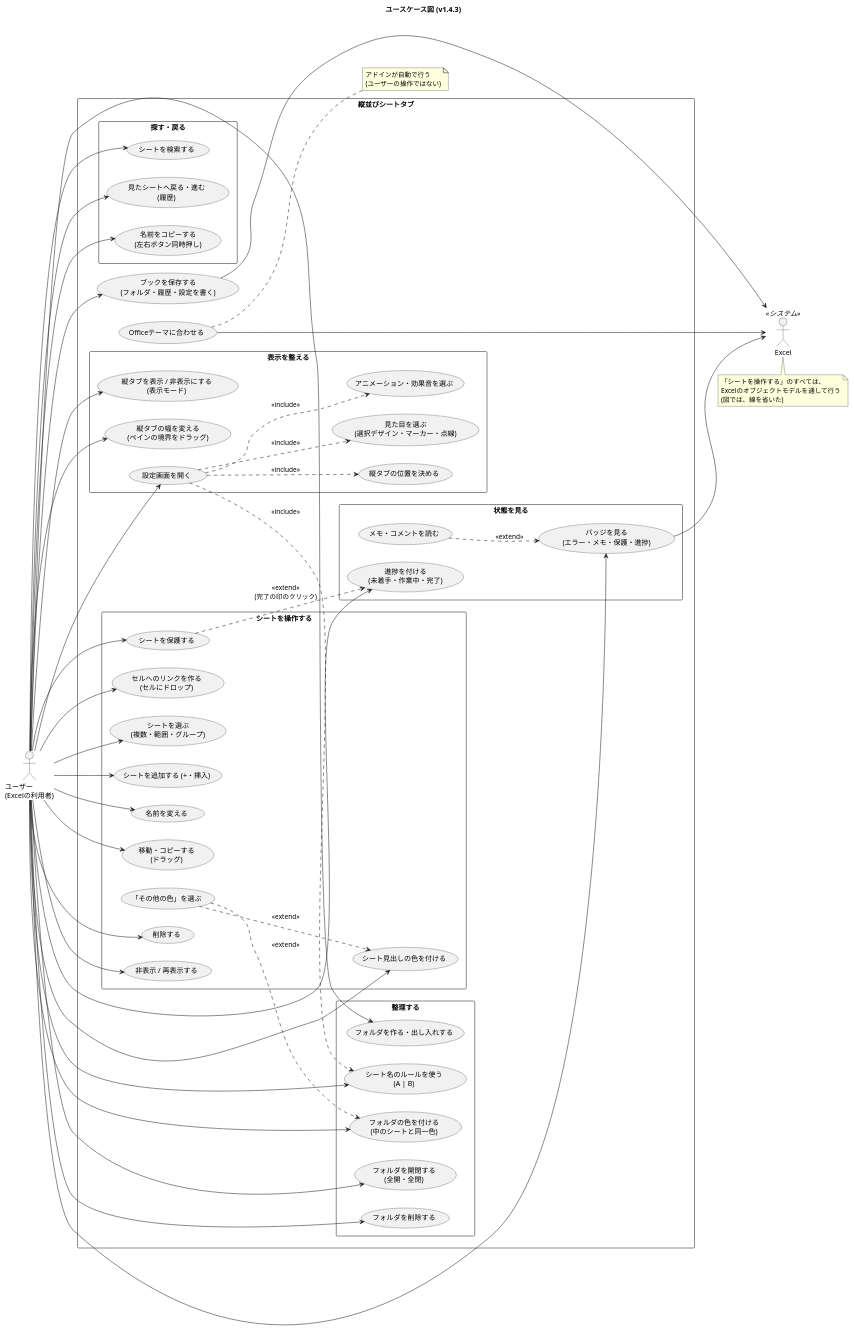
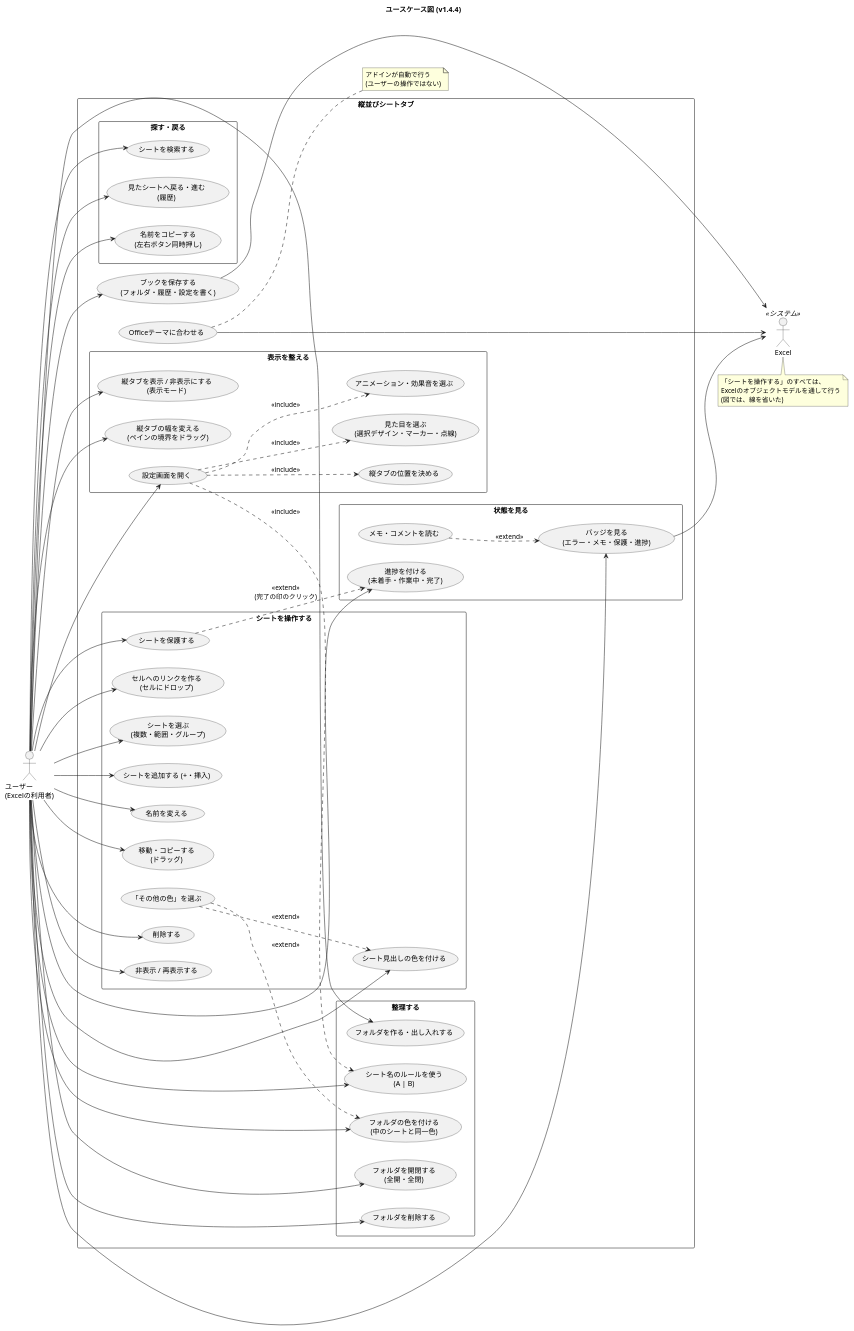
Before and after one commit to nk-taka623/VerticalSheetTabs: the diagram in docs/usecase.puml, drawn with PlantUML. The commit also changed 14 other files, not shown here.

Commit message:
v1.4.4 にする (バージョン、README の変更点、設計図の版数)

```diff
--- a/docs/usecase.puml
+++ b/docs/usecase.puml
@@ -1,105 +1,105 @@
 @startuml
-title ユースケース図 (v1.4.3)
+title ユースケース図 (v1.4.4)
 left to right direction
 skinparam shadowing false
 skinparam packageStyle rectangle
 
 actor "ユーザー\n(Excelの利用者)" as U
 actor "Excel" as XL <<システム>>
 
 rectangle "縦並びシートタブ" {
 
   package "シートを操作する" {
     usecase "シートを選ぶ\n(複数・範囲・グループ)" as UC_SEL
     usecase "シートを追加する (+・挿入)" as UC_ADD
     usecase "名前を変える" as UC_REN
     usecase "移動・コピーする\n(ドラッグ)" as UC_MOVE
     usecase "削除する" as UC_DEL
     usecase "非表示 / 再表示する" as UC_HIDE
     usecase "シート見出しの色を付ける" as UC_COLOR
     usecase "「その他の色」を選ぶ" as UC_MORE
     usecase "シートを保護する" as UC_PROT
     usecase "セルへのリンクを作る\n(セルにドロップ)" as UC_LINK
   }
 
   package "整理する" {
     usecase "フォルダを作る・出し入れする" as UC_FOLDER
     usecase "フォルダを開閉する\n(全開・全閉)" as UC_TOGGLE
     usecase "フォルダの色を付ける\n(中のシートと同一色)" as UC_FCOLOR
     usecase "フォルダを削除する" as UC_FDEL
     usecase "シート名のルールを使う\n(A | B)" as UC_RULE
   }
 
   package "探す・戻る" {
     usecase "シートを検索する" as UC_SEARCH
     usecase "見たシートへ戻る・進む\n(履歴)" as UC_HIST
     usecase "名前をコピーする\n(左右ボタン同時押し)" as UC_COPY
   }
 
   package "状態を見る" {
     usecase "バッジを見る\n(エラー・メモ・保護・進捗)" as UC_BADGE
     usecase "メモ・コメントを読む" as UC_MEMO
     usecase "進捗を付ける\n(未着手・作業中・完了)" as UC_PROG
   }
 
   package "表示を整える" {
     usecase "縦タブを表示 / 非表示にする\n(表示モード)" as UC_MODE
     usecase "縦タブの位置を決める" as UC_SIDE
     usecase "縦タブの幅を変える\n(ペインの境界をドラッグ)" as UC_WIDTH
     usecase "設定画面を開く" as UC_SET
     usecase "見た目を選ぶ\n(選択デザイン・マーカー・点線)" as UC_LOOK
     usecase "アニメーション・効果音を選ぶ" as UC_ANIM
   }
 
   usecase "ブックを保存する\n(フォルダ・履歴・設定を書く)" as UC_SAVE
   usecase "Officeテーマに合わせる" as UC_THEME
 }
 
 U --> UC_SEL
 U --> UC_ADD
 U --> UC_REN
 U --> UC_MOVE
 U --> UC_DEL
 U --> UC_HIDE
 U --> UC_COLOR
 U --> UC_PROT
 U --> UC_LINK
 U --> UC_FOLDER
 U --> UC_TOGGLE
 U --> UC_FCOLOR
 U --> UC_FDEL
 U --> UC_RULE
 U --> UC_SEARCH
 U --> UC_HIST
 U --> UC_COPY
 U --> UC_BADGE
 U --> UC_PROG
 U --> UC_MODE
 U --> UC_WIDTH
 U --> UC_SET
 U --> UC_SAVE
 
 UC_MORE ..> UC_COLOR : <<extend>>
 UC_MORE ..> UC_FCOLOR : <<extend>>
 UC_MEMO ..> UC_BADGE : <<extend>>
 UC_PROT ..> UC_PROG : <<extend>>\n(完了の印のクリック)
 UC_SET ..> UC_SIDE : <<include>>
 UC_SET ..> UC_LOOK : <<include>>
 UC_SET ..> UC_ANIM : <<include>>
 UC_SET ..> UC_RULE : <<include>>
 
 UC_SAVE --> XL
 UC_THEME --> XL
 UC_BADGE --> XL
 
 note bottom of XL
   「シートを操作する」のすべては、
   Excelのオブジェクトモデルを通して行う
   (図では、線を省いた)
 end note
 
 note right of UC_THEME
   アドインが自動で行う
   (ユーザーの操作ではない)
 end note
 @enduml
```
